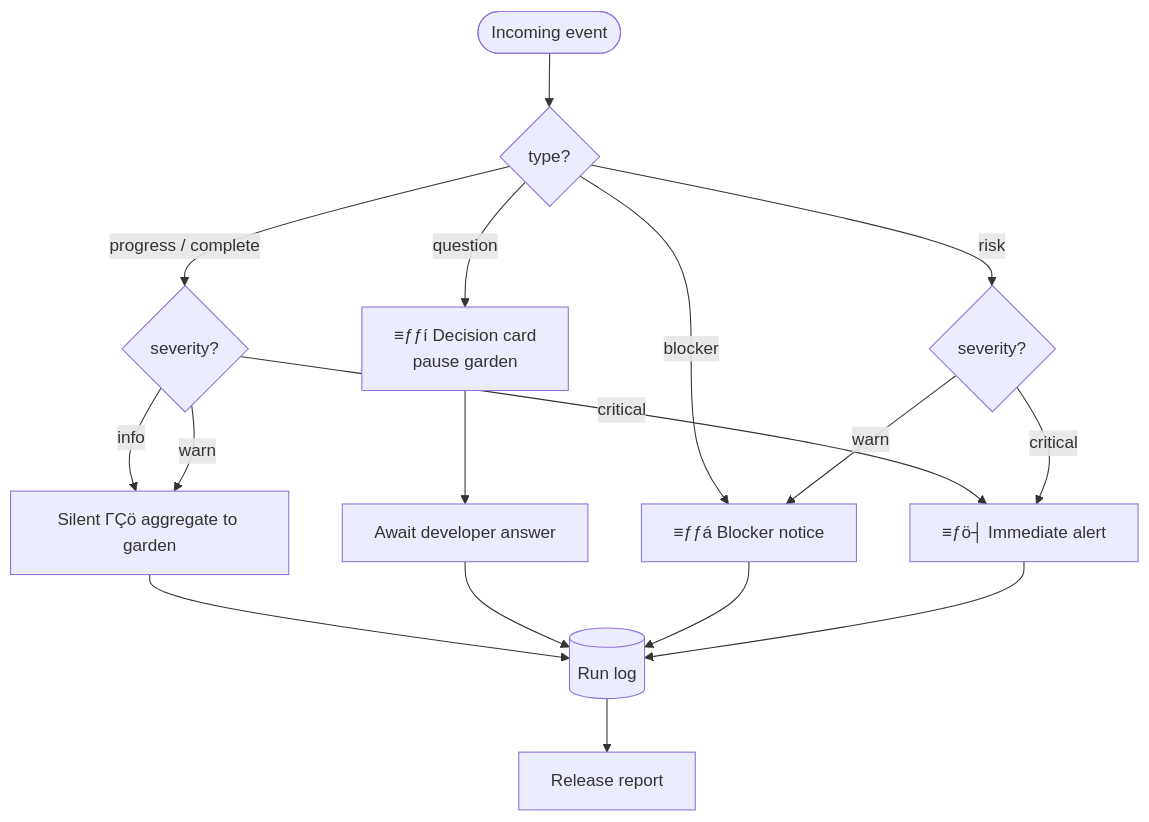
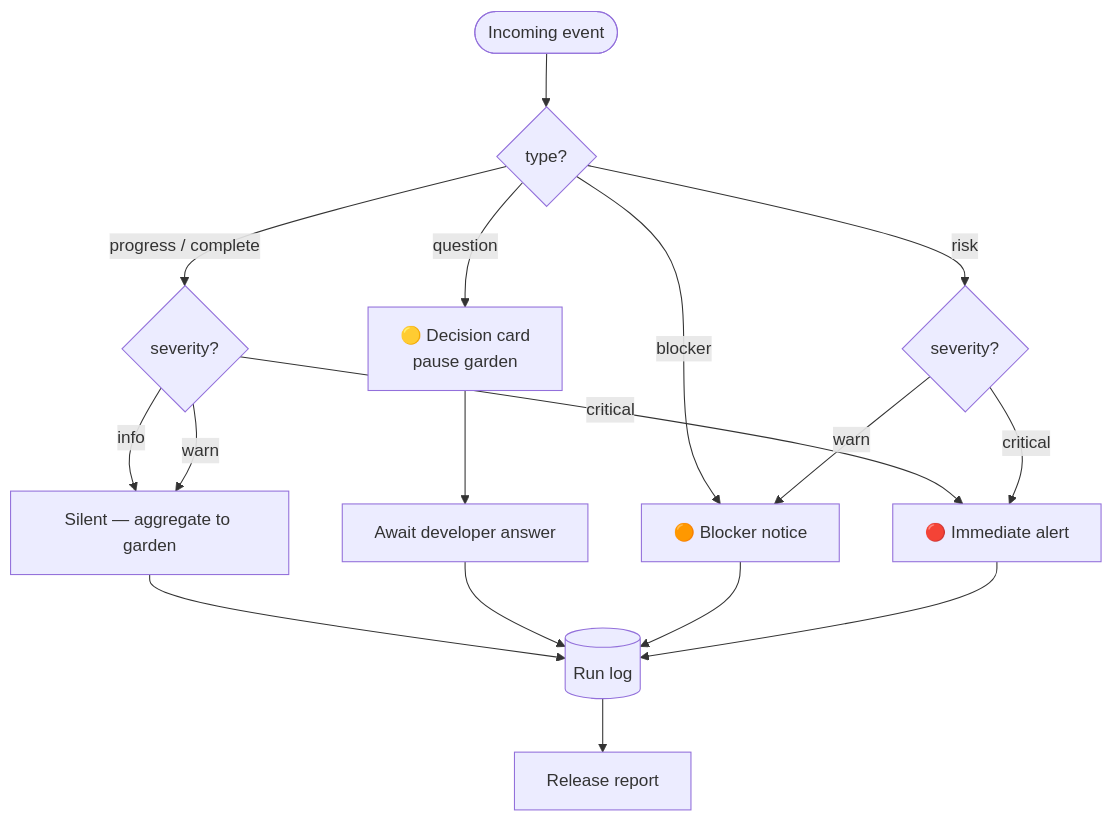
One commit to TonyINSY6629/Project_for_IBM_Hackathon_Bob_in_Action changed the fifth of 9 diagrams in README.md. Above: the diagram before and after it, drawn with Mermaid. The commit also changed other lines of this file, not shown here.

````diff
--- a/README.md
+++ b/README.md
@@ -219,23 +219,23 @@
 ```mermaid
 flowchart TD
     IN([Incoming event]) --> T{type?}
 
     T -->|progress / complete| S{severity?}
-    S -->|info| SIL[Silent ΓÇö aggregate to garden]
+    S -->|info| SIL[Silent — aggregate to garden]
     S -->|warn| SIL
-    S -->|critical| CRIT[≡ƒö┤ Immediate alert]
+    S -->|critical| CRIT[🔴 Immediate alert]
 
-    T -->|question| DEC[≡ƒƒí Decision card\npause garden]
-    T -->|blocker| BLK[≡ƒƒá Blocker notice]
+    T -->|question| DEC["🟡 Decision card<br/>pause garden"]
+    T -->|blocker| BLK["🟠 Blocker notice"]
     T -->|risk| RK{severity?}
     RK -->|warn| BLK
     RK -->|critical| CRIT
 
     SIL --> STORE[(Run log)]
     DEC --> WAIT[Await developer answer]
     WAIT --> STORE
     BLK --> STORE
     CRIT --> STORE
 
     STORE --> REPORT[Release report]
 ```
````
